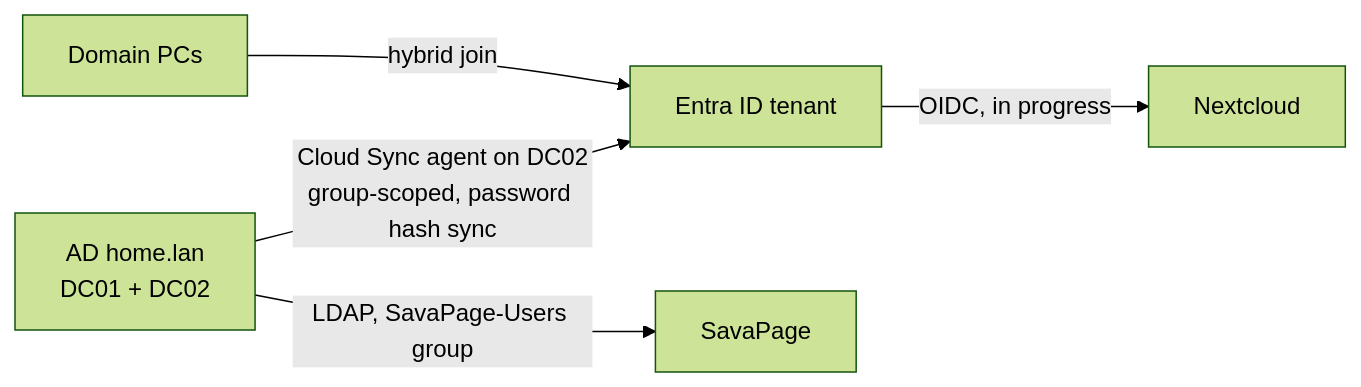
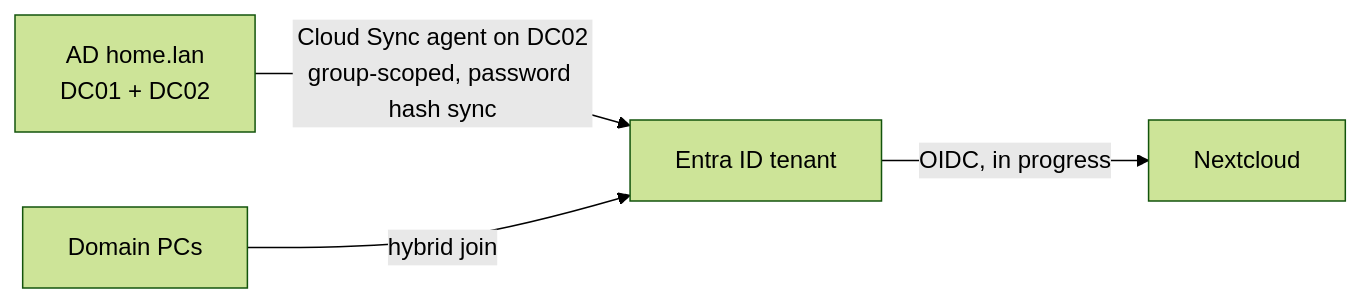
The fifth of 5 diagrams in docs/architecture.md (ajumatt/homelab), drawn with Mermaid (forest theme) before and after one commit. The commit also changed 10 other files, not shown here.

````diff
--- a/docs/architecture.md
+++ b/docs/architecture.md
@@ -88,7 +88,6 @@
 ```mermaid
 flowchart LR
   ad[AD home.lan<br/>DC01 + DC02] -->|Cloud Sync agent on DC02<br/>group-scoped, password hash sync| entra[Entra ID tenant]
   pcs[Domain PCs] -->|hybrid join| entra
   entra -->|OIDC, in progress| nc[Nextcloud]
-  ad -->|LDAP, SavaPage-Users group| sp[SavaPage]
 ```
````
